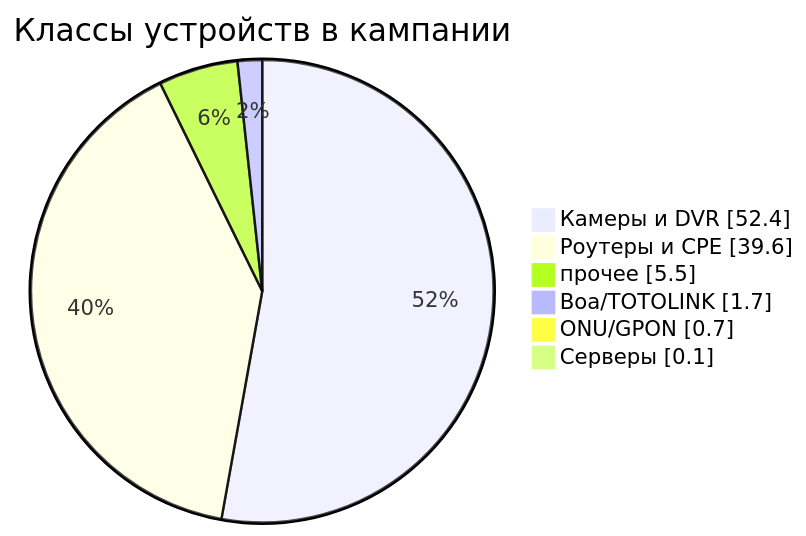
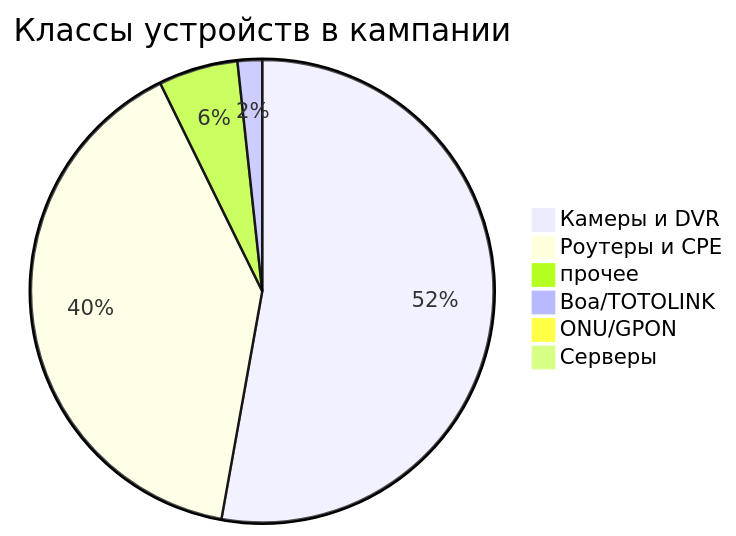
One commit to krevetkqqq/iot-botnet-anatomy changed the second of 2 diagrams in README.md. Above: the diagram before and after it, drawn with Mermaid. The commit also changed other lines of this file, not shown here.

Commit message:
fix mermaid: plain pie (GitHub не рендерит showData), убрал дубль строки

````diff
--- a/README.md
+++ b/README.md
@@ -169,10 +167,10 @@
 ```mermaid
-pie showData
+pie
     title Классы устройств в кампании
     "Камеры и DVR" : 52.4
     "Роутеры и CPE" : 39.6
     "прочее" : 5.5
     "Boa/TOTOLINK" : 1.7
     "ONU/GPON" : 0.7
     "Серверы" : 0.1
 ```
````
